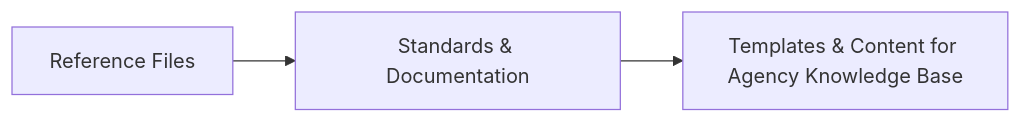
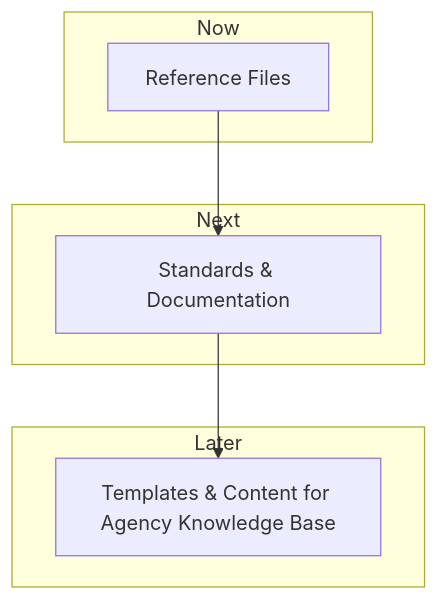
The diagram in products/KB/README.md (OpenATO/Roadmap), drawn with Mermaid before and after one commit. The commit also changed other lines of this file and 4 other files, not shown here.

````diff
--- a/products/KB/README.md
+++ b/products/KB/README.md
@@ -31,5 +31,15 @@
 ```mermaid
-graph LR
-A[Reference Files] --> B[Standards & Documentation]
-B --> C[Templates & Content for Agency Knowledge Base]
+graph TD
+subgraph Now
+A[Reference Files]
+end
+subgraph Next
+B[Standards & Documentation]
+end
+subgraph Later
+C[Templates & Content for Agency Knowledge Base]
+end
+A --> B
+B --> C
+
 ```
````
